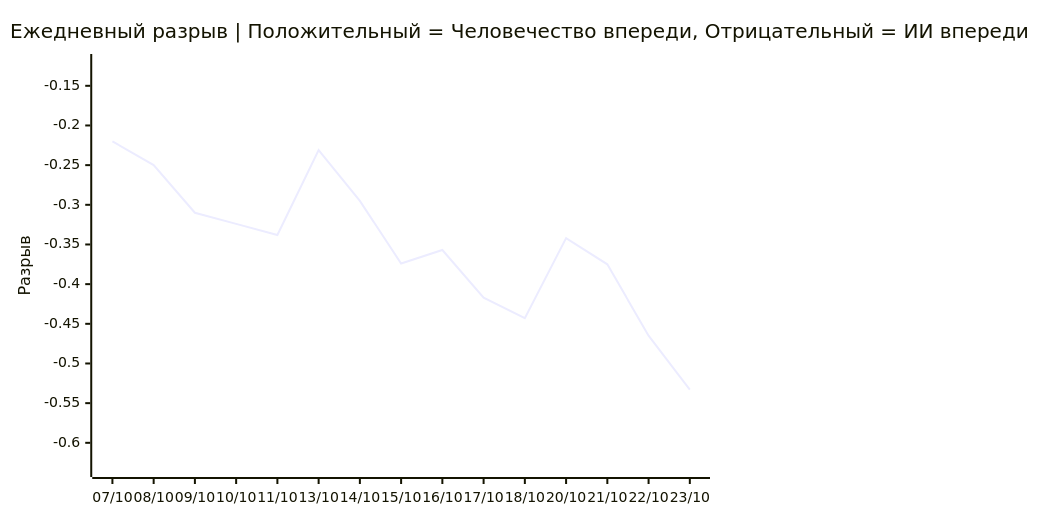
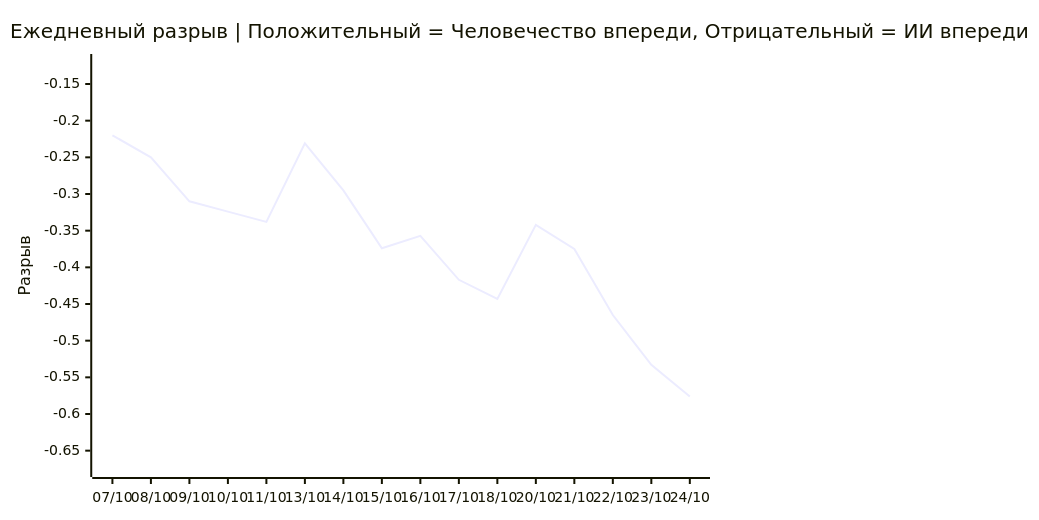
One commit to VQQLK/Human-AI-Monitor changed the third of 3 diagrams in README.ru.md. Above: the diagram before and after it, drawn with Mermaid. The commit also changed other lines of this file and 5 other files, not shown here.

````diff
--- a/README.ru.md
+++ b/README.ru.md
@@ -54,7 +54,7 @@
 ```mermaid
 xychart-beta
     title "Ежедневный разрыв | Положительный = Человечество впереди, Отрицательный = ИИ впереди"
-    x-axis ["07/10", "08/10", "09/10", "10/10", "11/10", "13/10", "14/10", "15/10", "16/10", "17/10", "18/10", "20/10", "21/10", "22/10", "23/10"]
-    y-axis "Разрыв" -0.633 --> -0.120
-    line [-0.220, -0.250, -0.310, -0.324, -0.338, -0.231, -0.295, -0.374, -0.357, -0.417, -0.443, -0.342, -0.375, -0.465, -0.533]
+    x-axis ["07/10", "08/10", "09/10", "10/10", "11/10", "13/10", "14/10", "15/10", "16/10", "17/10", "18/10", "20/10", "21/10", "22/10", "23/10", "24/10"]
+    y-axis "Разрыв" -0.675 --> -0.120
+    line [-0.220, -0.250, -0.310, -0.324, -0.338, -0.231, -0.295, -0.374, -0.357, -0.417, -0.443, -0.342, -0.375, -0.465, -0.533, -0.576]
 ```
````
